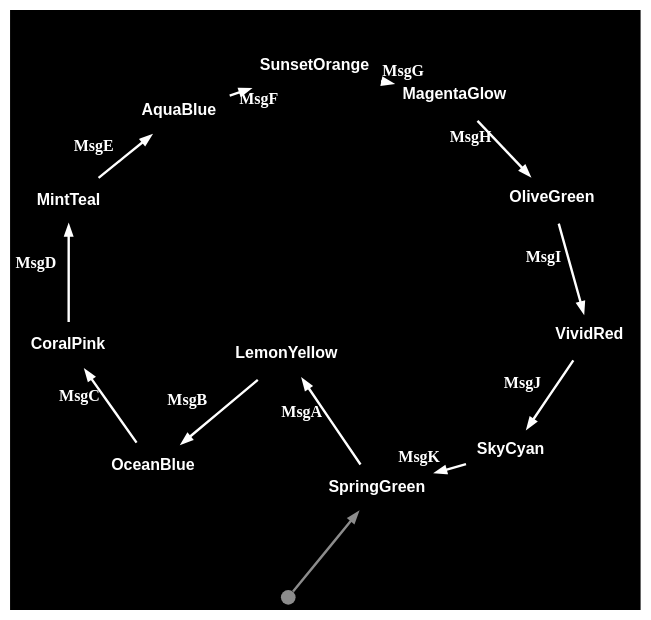
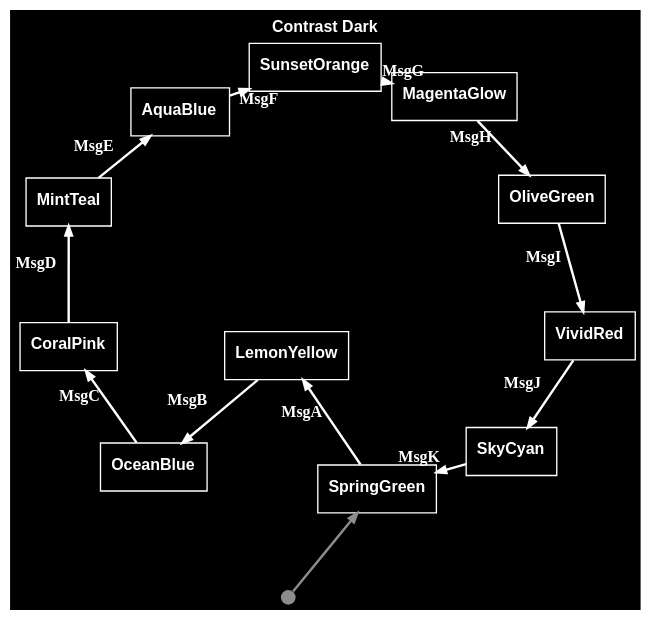
Before and after one commit to m-bock/purescript-transit: the diagram in graphs/themes/contrast-dark.dot, drawn with Graphviz. The commit also changed 25 other files, not shown here.

Commit message:
Refactor graph definitions to enhance visual consistency by updating color attributes for nodes and edges across various dot and svg files. Adjust pen widths and color settings in the Door, Color Ring, and House of Santa Claus examples for improved clarity and aesthetics.

```diff
--- a/graphs/themes/contrast-dark.dot
+++ b/graphs/themes/contrast-dark.dot
@@ -1,29 +1,29 @@
 digraph 
 {
-rankdir = "TD";fontname = "Arial";label = <<b>Contrast Dark</b>>;labelloc = "t";fontsize = 12;bgcolor = "#000000"
+rankdir = "TD";fontname = "Arial";label = <<b>Contrast Dark</b>>;labelloc = "t";fontsize = 12;bgcolor = "#000000";fontcolor = "#ffffff"
 graph [layout=sfdp;overlap=false, K=2.5, repulsiveforce=4, splines=true];
-SpringGreen [shape = "box", label = <<b>SpringGreen</b>>, fontsize = 12, style = "filled", fillcolor = "#000000", fontcolor = "#ffffff", fontname = "Arial", labelloc = "c", penwidth = 0.0]
+SpringGreen [shape = "box", label = <<b>SpringGreen</b>>, fontsize = 12, style = "filled", fillcolor = "#000000", fontcolor = "#ffffff", color = "#ffffff", fontname = "Arial", labelloc = "c", penwidth = 1.0]
 __Start__ [shape = "circle", label = "", width = 0.15, height = 0.15, fixedsize = true, style = "filled", fillcolor = "#8c8c8c", penwidth = 0.0]
 __Start__ -> SpringGreen [color = "#8c8c8c", fontsize = 12, arrowsize = "0.7", penwidth = 1.8]
 SpringGreen -> LemonYellow [color = "#ffffff", fontcolor = "#ffffff", fontsize = 12, arrowsize = "0.7", label = <<b>MsgA</b>>, penwidth = 1.8]
-LemonYellow [shape = "box", label = <<b>LemonYellow</b>>, fontsize = 12, style = "filled", fillcolor = "#000000", fontcolor = "#ffffff", fontname = "Arial", labelloc = "c", penwidth = 0.0]
+LemonYellow [shape = "box", label = <<b>LemonYellow</b>>, fontsize = 12, style = "filled", fillcolor = "#000000", fontcolor = "#ffffff", color = "#ffffff", fontname = "Arial", labelloc = "c", penwidth = 1.0]
 LemonYellow -> OceanBlue [color = "#ffffff", fontcolor = "#ffffff", fontsize = 12, arrowsize = "0.7", label = <<b>MsgB</b>>, penwidth = 1.8]
-OceanBlue [shape = "box", label = <<b>OceanBlue</b>>, fontsize = 12, style = "filled", fillcolor = "#000000", fontcolor = "#ffffff", fontname = "Arial", labelloc = "c", penwidth = 0.0]
+OceanBlue [shape = "box", label = <<b>OceanBlue</b>>, fontsize = 12, style = "filled", fillcolor = "#000000", fontcolor = "#ffffff", color = "#ffffff", fontname = "Arial", labelloc = "c", penwidth = 1.0]
 OceanBlue -> CoralPink [color = "#ffffff", fontcolor = "#ffffff", fontsize = 12, arrowsize = "0.7", label = <<b>MsgC</b>>, penwidth = 1.8]
-CoralPink [shape = "box", label = <<b>CoralPink</b>>, fontsize = 12, style = "filled", fillcolor = "#000000", fontcolor = "#ffffff", fontname = "Arial", labelloc = "c", penwidth = 0.0]
+CoralPink [shape = "box", label = <<b>CoralPink</b>>, fontsize = 12, style = "filled", fillcolor = "#000000", fontcolor = "#ffffff", color = "#ffffff", fontname = "Arial", labelloc = "c", penwidth = 1.0]
 CoralPink -> MintTeal [color = "#ffffff", fontcolor = "#ffffff", fontsize = 12, arrowsize = "0.7", label = <<b>MsgD</b>>, penwidth = 1.8]
-MintTeal [shape = "box", label = <<b>MintTeal</b>>, fontsize = 12, style = "filled", fillcolor = "#000000", fontcolor = "#ffffff", fontname = "Arial", labelloc = "c", penwidth = 0.0]
+MintTeal [shape = "box", label = <<b>MintTeal</b>>, fontsize = 12, style = "filled", fillcolor = "#000000", fontcolor = "#ffffff", color = "#ffffff", fontname = "Arial", labelloc = "c", penwidth = 1.0]
 MintTeal -> AquaBlue [color = "#ffffff", fontcolor = "#ffffff", fontsize = 12, arrowsize = "0.7", label = <<b>MsgE</b>>, penwidth = 1.8]
-AquaBlue [shape = "box", label = <<b>AquaBlue</b>>, fontsize = 12, style = "filled", fillcolor = "#000000", fontcolor = "#ffffff", fontname = "Arial", labelloc = "c", penwidth = 0.0]
+AquaBlue [shape = "box", label = <<b>AquaBlue</b>>, fontsize = 12, style = "filled", fillcolor = "#000000", fontcolor = "#ffffff", color = "#ffffff", fontname = "Arial", labelloc = "c", penwidth = 1.0]
 AquaBlue -> SunsetOrange [color = "#ffffff", fontcolor = "#ffffff", fontsize = 12, arrowsize = "0.7", label = <<b>MsgF</b>>, penwidth = 1.8]
-SunsetOrange [shape = "box", label = <<b>SunsetOrange</b>>, fontsize = 12, style = "filled", fillcolor = "#000000", fontcolor = "#ffffff", fontname = "Arial", labelloc = "c", penwidth = 0.0]
+SunsetOrange [shape = "box", label = <<b>SunsetOrange</b>>, fontsize = 12, style = "filled", fillcolor = "#000000", fontcolor = "#ffffff", color = "#ffffff", fontname = "Arial", labelloc = "c", penwidth = 1.0]
 SunsetOrange -> MagentaGlow [color = "#ffffff", fontcolor = "#ffffff", fontsize = 12, arrowsize = "0.7", label = <<b>MsgG</b>>, penwidth = 1.8]
-MagentaGlow [shape = "box", label = <<b>MagentaGlow</b>>, fontsize = 12, style = "filled", fillcolor = "#000000", fontcolor = "#ffffff", fontname = "Arial", labelloc = "c", penwidth = 0.0]
+MagentaGlow [shape = "box", label = <<b>MagentaGlow</b>>, fontsize = 12, style = "filled", fillcolor = "#000000", fontcolor = "#ffffff", color = "#ffffff", fontname = "Arial", labelloc = "c", penwidth = 1.0]
 MagentaGlow -> OliveGreen [color = "#ffffff", fontcolor = "#ffffff", fontsize = 12, arrowsize = "0.7", label = <<b>MsgH</b>>, penwidth = 1.8]
-OliveGreen [shape = "box", label = <<b>OliveGreen</b>>, fontsize = 12, style = "filled", fillcolor = "#000000", fontcolor = "#ffffff", fontname = "Arial", labelloc = "c", penwidth = 0.0]
+OliveGreen [shape = "box", label = <<b>OliveGreen</b>>, fontsize = 12, style = "filled", fillcolor = "#000000", fontcolor = "#ffffff", color = "#ffffff", fontname = "Arial", labelloc = "c", penwidth = 1.0]
 OliveGreen -> VividRed [color = "#ffffff", fontcolor = "#ffffff", fontsize = 12, arrowsize = "0.7", label = <<b>MsgI</b>>, penwidth = 1.8]
-VividRed [shape = "box", label = <<b>VividRed</b>>, fontsize = 12, style = "filled", fillcolor = "#000000", fontcolor = "#ffffff", fontname = "Arial", labelloc = "c", penwidth = 0.0]
+VividRed [shape = "box", label = <<b>VividRed</b>>, fontsize = 12, style = "filled", fillcolor = "#000000", fontcolor = "#ffffff", color = "#ffffff", fontname = "Arial", labelloc = "c", penwidth = 1.0]
 VividRed -> SkyCyan [color = "#ffffff", fontcolor = "#ffffff", fontsize = 12, arrowsize = "0.7", label = <<b>MsgJ</b>>, penwidth = 1.8]
-SkyCyan [shape = "box", label = <<b>SkyCyan</b>>, fontsize = 12, style = "filled", fillcolor = "#000000", fontcolor = "#ffffff", fontname = "Arial", labelloc = "c", penwidth = 0.0]
+SkyCyan [shape = "box", label = <<b>SkyCyan</b>>, fontsize = 12, style = "filled", fillcolor = "#000000", fontcolor = "#ffffff", color = "#ffffff", fontname = "Arial", labelloc = "c", penwidth = 1.0]
 SkyCyan -> SpringGreen [color = "#ffffff", fontcolor = "#ffffff", fontsize = 12, arrowsize = "0.7", label = <<b>MsgK</b>>, penwidth = 1.8]
 }
```
